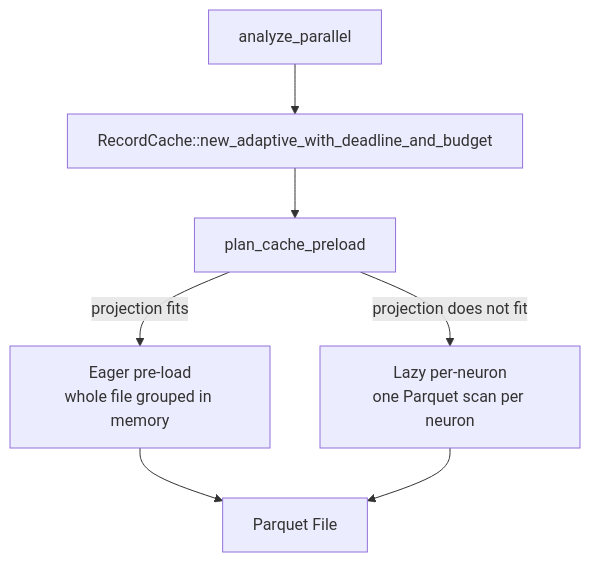
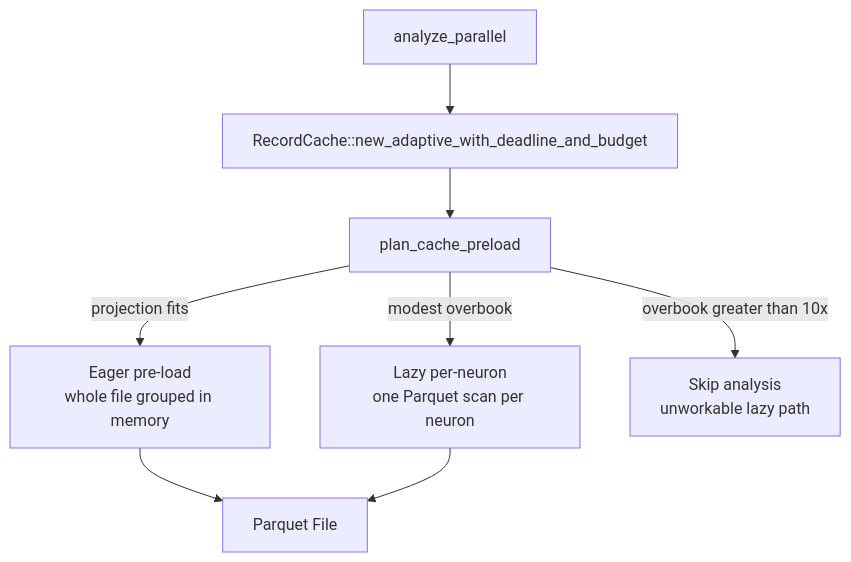
One commit to stSoftwareAU/NEAT-AI-Discovery changed the diagram in docs/CACHE_TUNING.md. Above: the diagram before and after it, drawn with Mermaid. The commit also changed other lines of this file and 6 other files, not shown here.

First line of the commit message:
fix: skip unworkable lazy analysis; poll deadline + heartbeat (GRQ #4068)

````diff
--- a/docs/CACHE_TUNING.md
+++ b/docs/CACHE_TUNING.md
@@ -26,9 +25,10 @@
 ```mermaid
 flowchart TD
     A[analyze_parallel] --> B[RecordCache::new_adaptive_with_deadline_and_budget]
     B --> C[plan_cache_preload]
     C -->|projection fits| D[Eager pre-load<br/>whole file grouped in memory]
-    C -->|projection does not fit| E[Lazy per-neuron<br/>one Parquet scan per neuron]
+    C -->|modest overbook| E[Lazy per-neuron<br/>one Parquet scan per neuron]
+    C -->|overbook greater than 10x| S[Skip analysis<br/>unworkable lazy path]
     D --> F[Parquet File]
     E --> F
 ```
````
